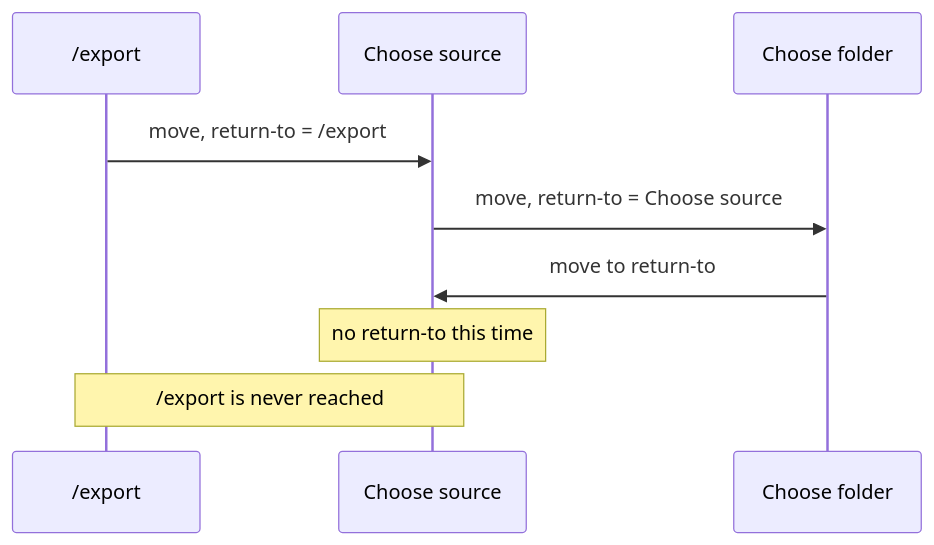
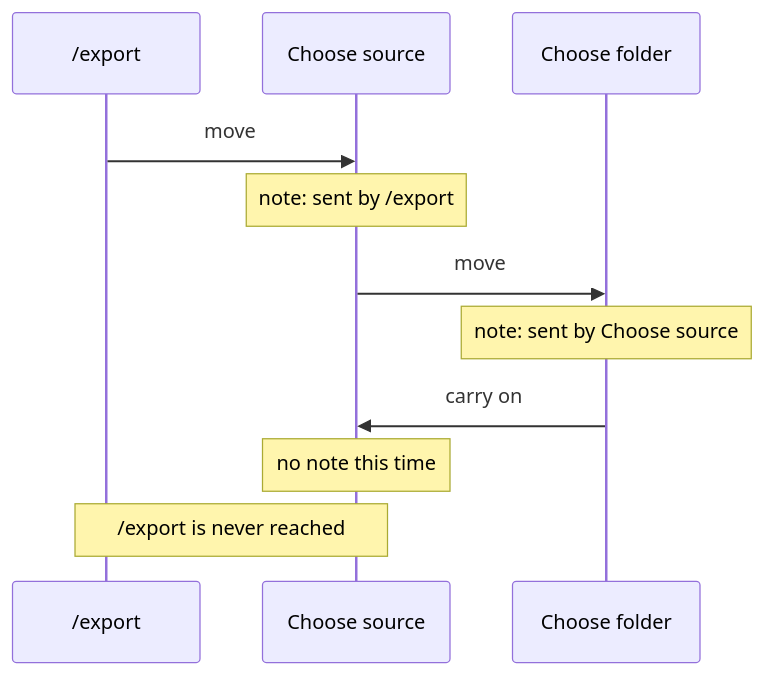
Before and after one commit to KitCli/KitCli: the first of 3 diagrams in docs/investigations/what-would-it-take-to-carry-on-after-nested-questions.md, drawn with Mermaid. The commit also changed other lines of this file and 1 other file, not shown here.

````diff
--- a/docs/investigations/what-would-it-take-to-carry-on-after-nested-questions.md
+++ b/docs/investigations/what-would-it-take-to-carry-on-after-nested-questions.md
@@ -22,11 +32,13 @@
 ```mermaid
 sequenceDiagram
     participant E as /export
     participant S as Choose source
     participant F as Choose folder
-    E->>S: move, return-to = /export
-    S->>F: move, return-to = Choose source
-    F->>S: move to return-to
-    Note over S: no return-to this time
+    E->>S: move
+    Note over S: note: sent by /export
+    S->>F: move
+    Note over F: note: sent by Choose source
+    F->>S: carry on
+    Note over S: no note this time
     Note over E,S: /export is never reached
 ```
````
